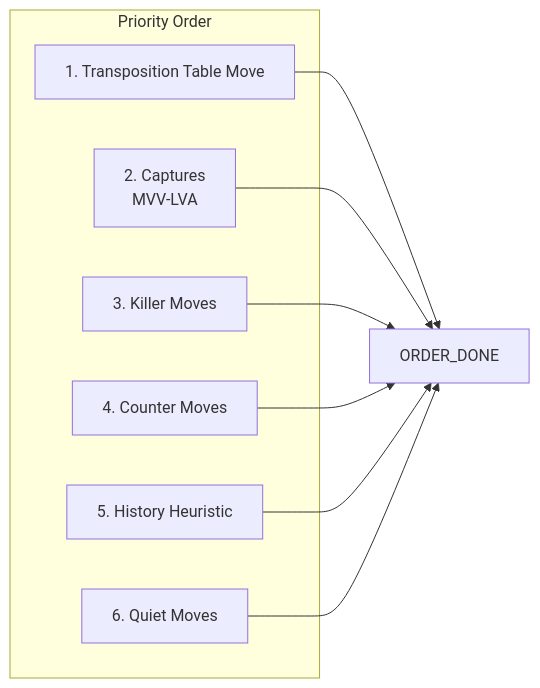
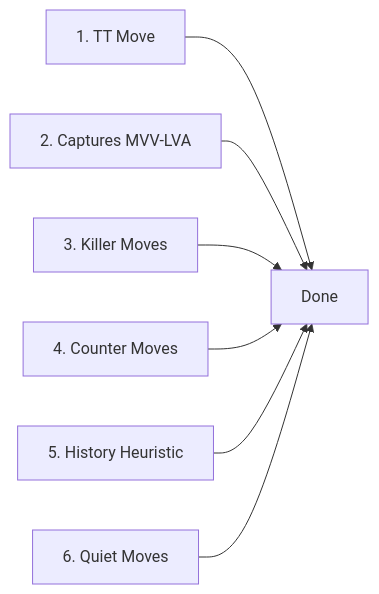
The second of 6 diagrams in memory/SEARCH.md (fgantt/yse), drawn with Mermaid before and after one commit. The commit also changed other lines of this file, not shown here.

Commit message:
Simplify Mermaid diagrams in SEARCH.md for GitHub rendering

````diff
--- a/memory/SEARCH.md
+++ b/memory/SEARCH.md
@@ -85,18 +43,9 @@
 ```mermaid
 flowchart LR
-    subgraph "Priority Order"
-        TT[1. Transposition Table Move]
-        CAPTURE[2. Captures<br/>MVV-LVA]
-        KILLER[3. Killer Moves]
-        COUNTER[4. Counter Moves]
-        HISTORY[5. History Heuristic]
-        QUIET[6. Quiet Moves]
-    end
-    
-    TT --> ORDER_DONE
-    CAPTURE --> ORDER_DONE
-    KILLER --> ORDER_DONE
-    COUNTER --> ORDER_DONE
-    HISTORY --> ORDER_DONE
-    QUIET --> ORDER_DONE
+    1["1. TT Move"] --> Done
+    2["2. Captures MVV-LVA"] --> Done
+    3["3. Killer Moves"] --> Done
+    4["4. Counter Moves"] --> Done
+    5["5. History Heuristic"] --> Done
+    6["6. Quiet Moves"] --> Done
 ```
````
